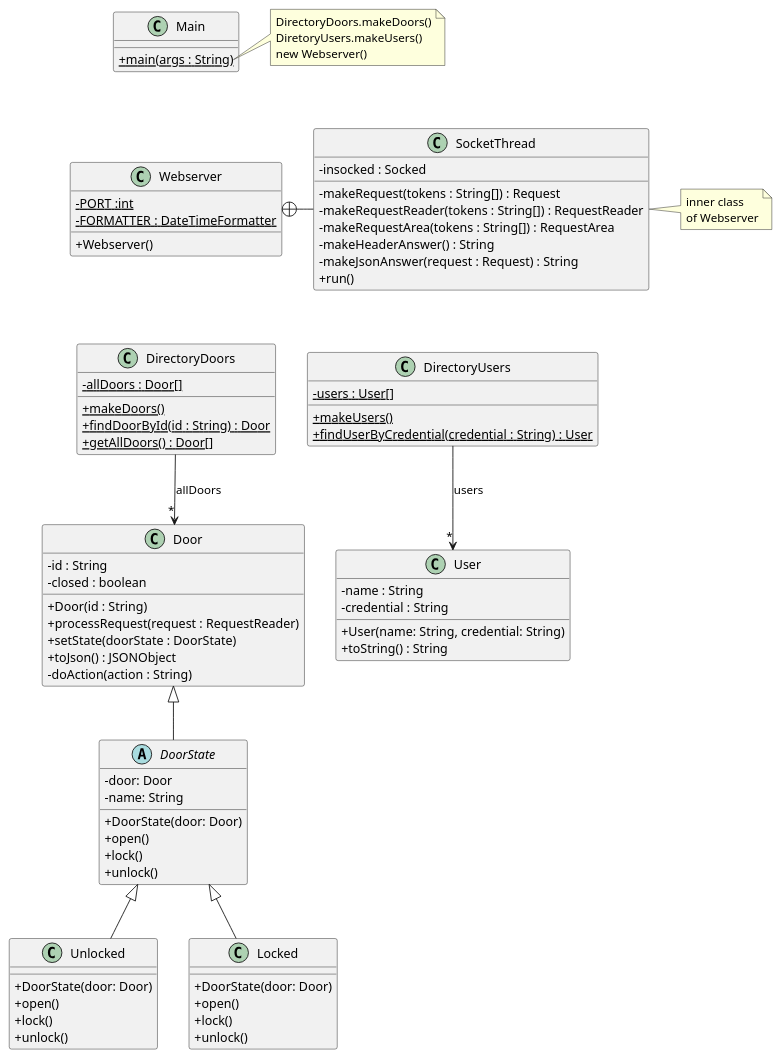
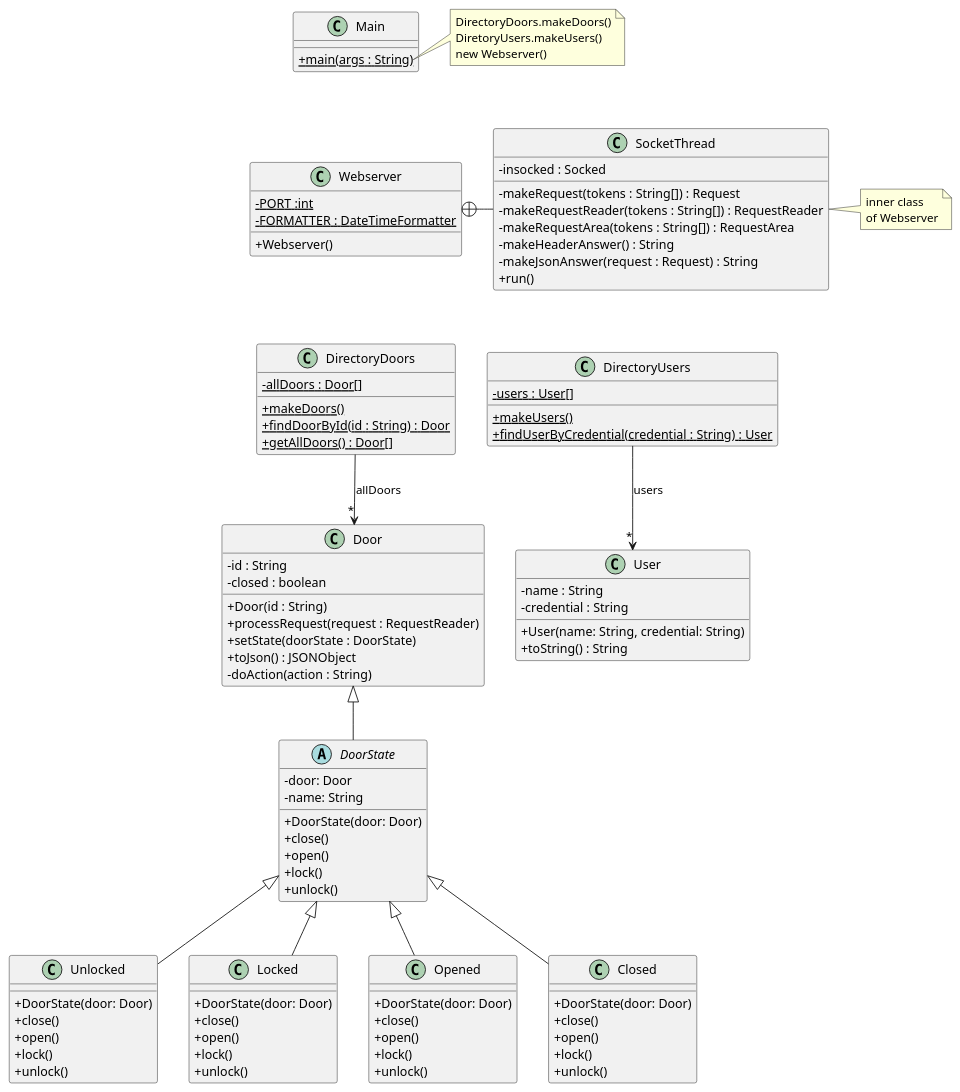
Before and after one commit to laiapns/Practica-DS: the diagram in src/baseNoStates/uml/base_no_states.puml, drawn with PlantUML. The commit also changed 6 other files, not shown here.

```diff
--- a/src/baseNoStates/uml/base_no_states.puml
+++ b/src/baseNoStates/uml/base_no_states.puml
@@ -1,103 +1,120 @@
 @startuml
 'https://plantuml.com/class-diagram
 skinparam classAttributeIconSize 0
 
 class Webserver {
 - {static} PORT :int
 - {static} FORMATTER : DateTimeFormatter
 + Webserver()
 }
 
 class SocketThread {
 - insocked : Socked
 - makeRequest(tokens : String[]) : Request
 - makeRequestReader(tokens : String[]) : RequestReader
 - makeRequestArea(tokens : String[]) : RequestArea
 - makeHeaderAnswer() : String
 - makeJsonAnswer(request : Request) : String
 + run()
 }
 
 Webserver +-right- SocketThread
 
 note right of SocketThread
 inner class
 of Webserver
 end note
 
 class DirectoryDoors {
 - {static} allDoors : Door[]
 + {static} makeDoors()
 + {static} findDoorById(id : String) : Door
 + {static} getAllDoors() : Door[]
 }
 
 DirectoryDoors --> "*" Door : "allDoors"
 
 class DirectoryUsers {
 - {static} users : User[]
 + {static} makeUsers()
 + {static} findUserByCredential(credential : String) : User
 }
 
 DirectoryUsers --> "*" User : "users"
 
 class Door {
 - id : String
 - closed : boolean
 + Door(id : String)
 + processRequest(request : RequestReader)
 + setState(doorState : DoorState)
 + toJson() : JSONObject
 '+ toString() : String
 '+ isClosed() :boolean
 '+ setClosed(b : boolean)
 '+ getStateName() : String
 - doAction(action : String)
 }
 
 abstract class DoorState extends Door {
 - door: Door
 - name: String
 + DoorState(door: Door)
++ close()
 + open()
 + lock()
 + unlock()
 }
 
 class Unlocked extends DoorState{
 + DoorState(door: Door)
++ close()
 + open()
 + lock()
 + unlock()
 }
 
 class Locked extends DoorState{
 + DoorState(door: Door)
++ close()
++ open()
++ lock()
++ unlock()
+}
+class Opened extends DoorState{
++ DoorState(door: Door)
++ close()
++ open()
++ lock()
++ unlock()
+}
+class Closed extends DoorState{
++ DoorState(door: Door)
++ close()
 + open()
 + lock()
 + unlock()
 }
 
 class User {
 - name : String
 - credential : String
 + User(name: String, credential: String)
 + toString() : String
 }
 
 
 class Main {
 + {static} main(args : String)
 }
 
 note right of Main::main
 DirectoryDoors.makeDoors()
 DiretoryUsers.makeUsers()
 new Webserver()
 end note
 
 Main -[hidden]down- Webserver
 Webserver -[hidden]down- DirectoryDoors
 DirectoryDoors -[hidden]right- DirectoryUsers
 @enduml
```
